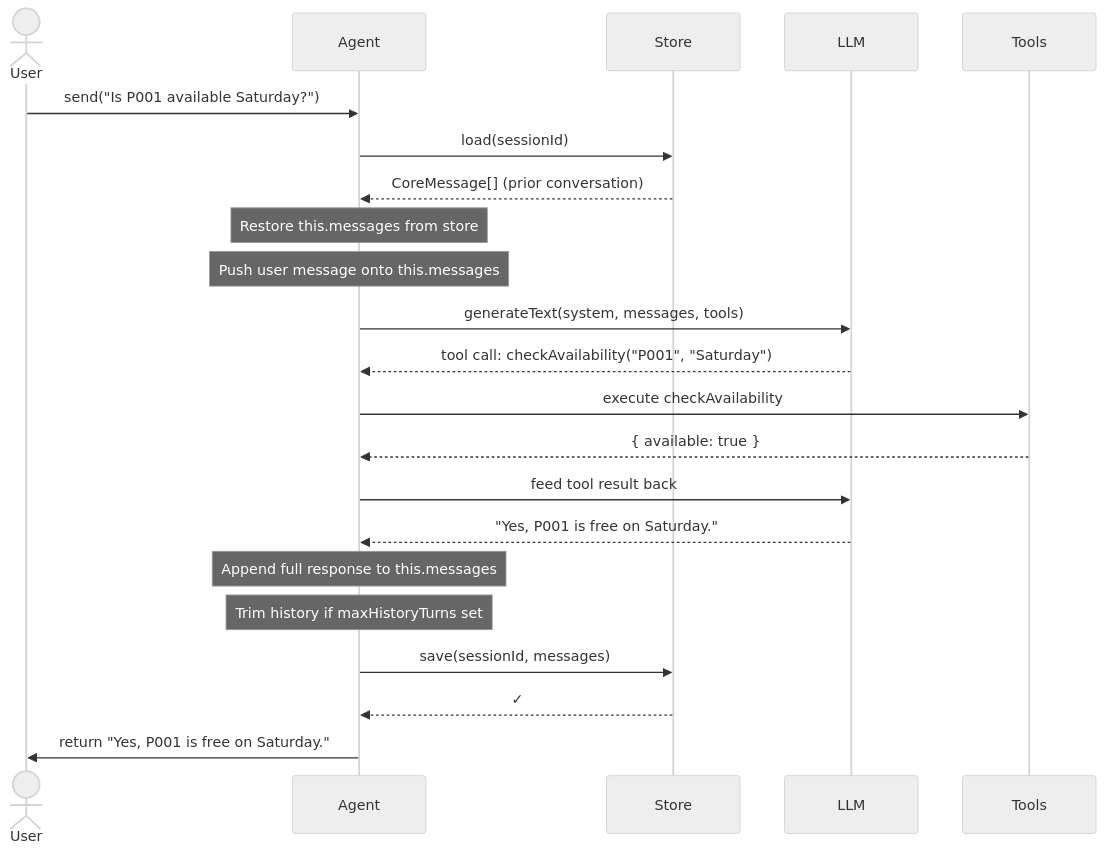
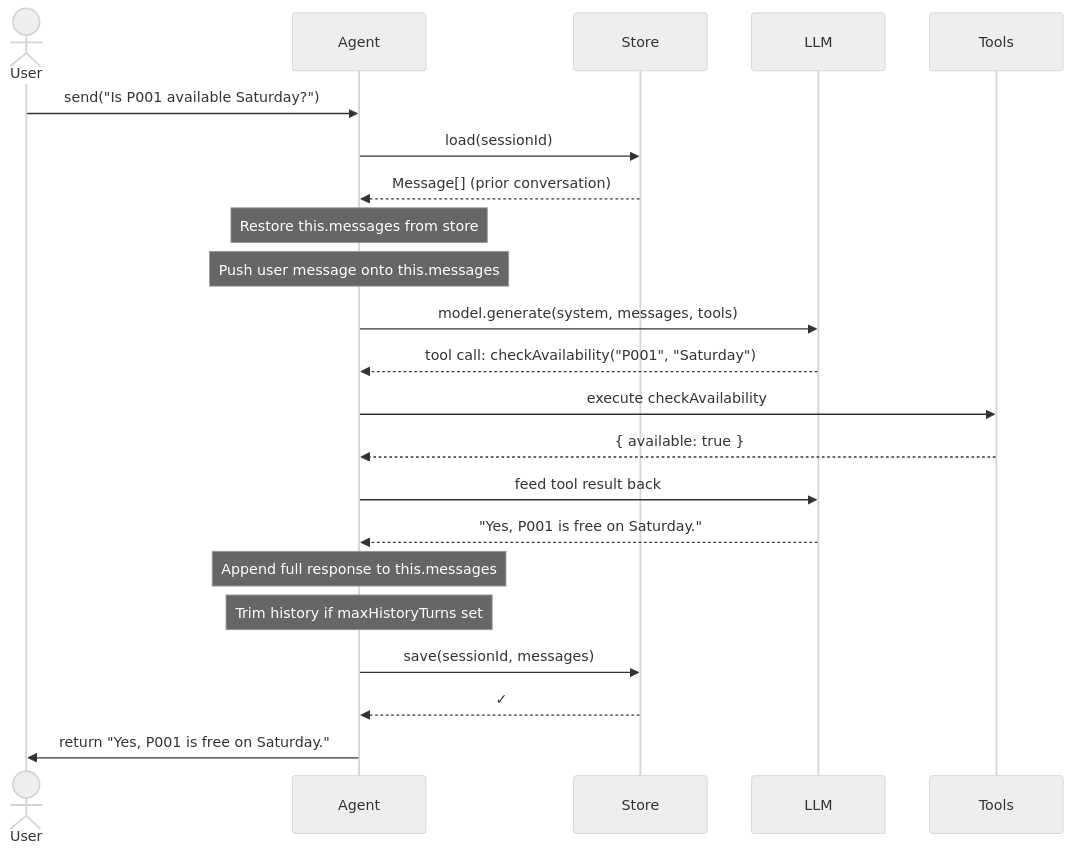
Before and after one commit to krenova/vercel-agentic-scaffold: the fourth of 6 diagrams in DOCUMENTATION/session_store.md, drawn with Mermaid (neutral theme). The commit also changed other lines of this file and 28 other files, not shown here.

````diff
--- a/DOCUMENTATION/session_store.md
+++ b/DOCUMENTATION/session_store.md
@@ -131,30 +131,30 @@
 ```mermaid
 sequenceDiagram
     actor User
     participant Agent
     participant Store
     participant LLM
     participant Tools
 
     User->>Agent: send("Is P001 available Saturday?")
 
     Agent->>Store: load(sessionId)
-    Store-->>Agent: CoreMessage[] (prior conversation)
+    Store-->>Agent: Message[] (prior conversation)
     Note over Agent: Restore this.messages from store
 
     Note over Agent: Push user message onto this.messages
-    Agent->>LLM: generateText(system, messages, tools)
+    Agent->>LLM: model.generate(system, messages, tools)
     LLM-->>Agent: tool call: checkAvailability("P001", "Saturday")
     Agent->>Tools: execute checkAvailability
     Tools-->>Agent: { available: true }
     Agent->>LLM: feed tool result back
     LLM-->>Agent: "Yes, P001 is free on Saturday."
 
     Note over Agent: Append full response to this.messages
     Note over Agent: Trim history if maxHistoryTurns set
 
     Agent->>Store: save(sessionId, messages)
     Store-->>Agent: ✓
 
     Agent->>User: return "Yes, P001 is free on Saturday."
 ```
````
